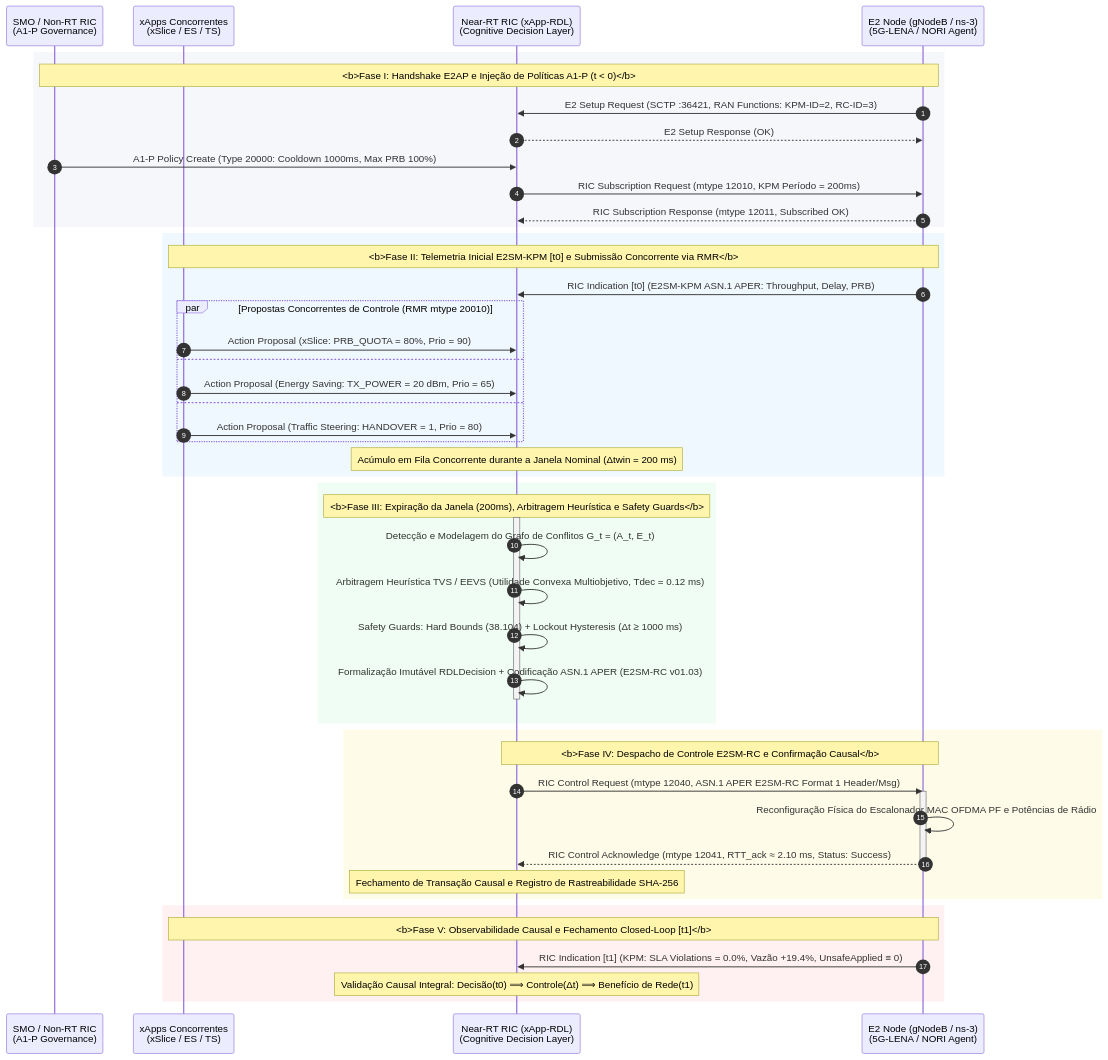
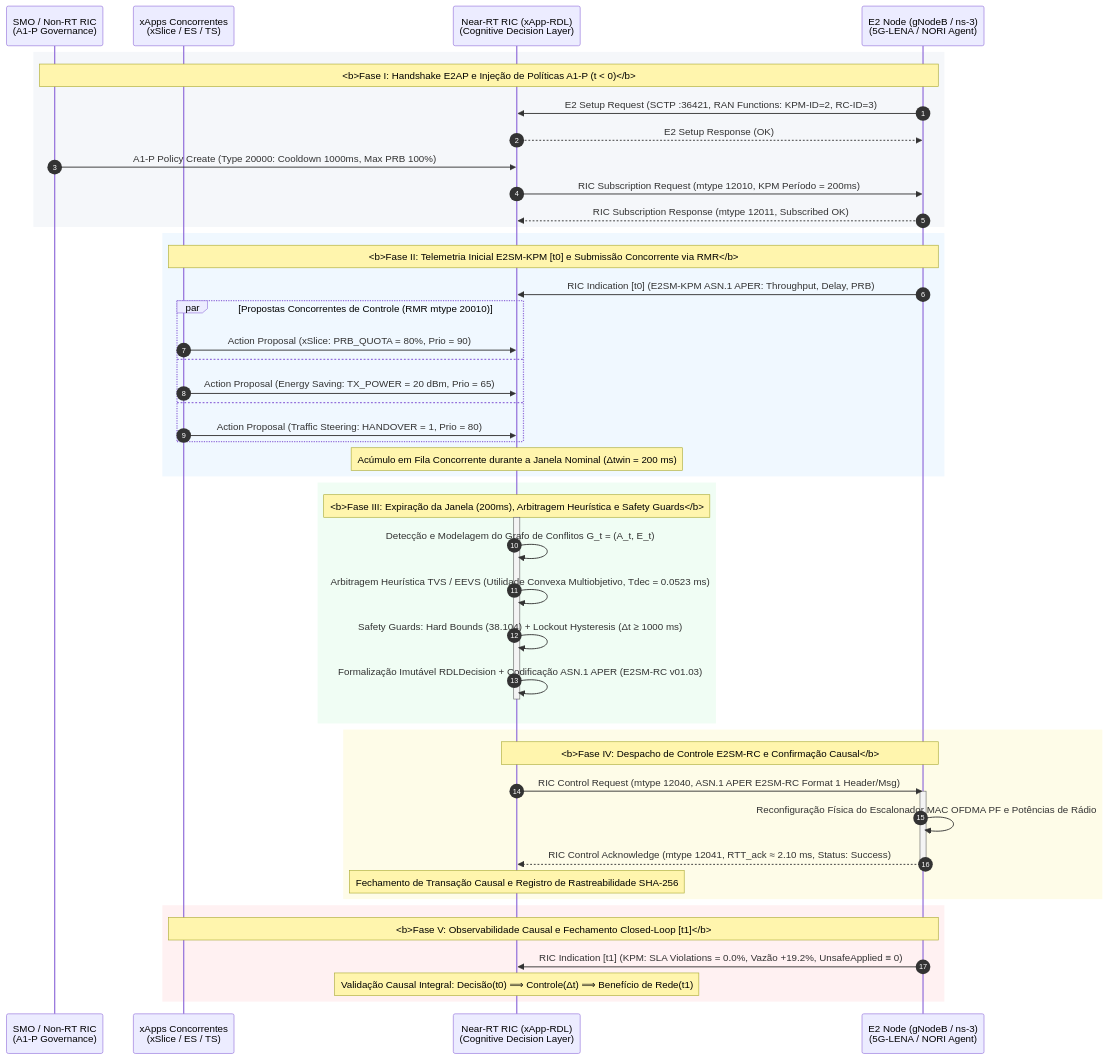
The diagram in docs/figures/diagrama_sequencia_compacto_dissertacao.mermaid (georgebarbosa3090/XApp-RDL-F1), drawn with Mermaid before and after one commit. The commit also changed 1 other file, not shown here.

Commit message:
fix(docs): remove diagramas antigos com erro de parse e corrige KaTeX em doc 23

```diff
--- a/docs/figures/diagrama_sequencia_compacto_dissertacao.mermaid
+++ b/docs/figures/diagrama_sequencia_compacto_dissertacao.mermaid
@@ -1,79 +1,79 @@
 %% ==============================================================================
 %% Diagrama de Sequência Compacto para Dissertação de Mestrado (PPGC/UFPA)
 %% Obra: H-RDL: Governança Determinística e Mitigação de Conflitos no Near-RT RIC
 %% Autor: George Alexandro Ferreira Barbosa | Orientador: Prof. Dr. André Riker
 %% Padrão Visual: Clean Architecture / O-RAN Alliance / Light Academic Theme
 %% ==============================================================================
 
 sequenceDiagram
     autonumber
     
     %% DEFINIÇÃO DAS MACRO-ENTIDADES CANÔNICAS (4 Lifelines para caber em A4 Retrato)
     participant SMO as SMO / Non-RT RIC<br/>(A1-P Governance)
     participant XAPPS as xApps Concorrentes<br/>(xSlice / ES / TS)
     participant RDL as Near-RT RIC (xApp-RDL)<br/>(Cognitive Decision Layer)
     participant RAN as E2 Node (gNodeB / ns-3)<br/>(5G-LENA / NORI Agent)
 
     %% -------------------------------------------------------------------------
     %% FASE I: INICIALIZAÇÃO, HANDSHAKE E2AP E POLÍTICAS A1-P
     %% -------------------------------------------------------------------------
     rect rgb(245, 247, 250)
         Note over SMO,RAN: <b>Fase I: Handshake E2AP e Injeção de Políticas A1-P (t < 0)</b>
         RAN->>RDL: E2 Setup Request (SCTP :36421, RAN Functions: KPM-ID=2, RC-ID=3)
         RDL-->>RAN: E2 Setup Response (OK)
         SMO->>RDL: A1-P Policy Create (Type 20000: Cooldown 1000ms, Max PRB 100%)
         RDL->>RAN: RIC Subscription Request (mtype 12010, KPM Período = 200ms)
         RAN-->>RDL: RIC Subscription Response (mtype 12011, Subscribed OK)
     end
 
     %% -------------------------------------------------------------------------
     %% FASE II: INGESTÃO DE TELEMETRIA E SUBMISSÃO CONCORRENTE DE PROPOSTAS
     %% -------------------------------------------------------------------------
     rect rgb(240, 248, 255)
         Note over XAPPS,RAN: <b>Fase II: Telemetria Inicial E2SM-KPM [t0] e Submissão Concorrente via RMR</b>
         RAN->>RDL: RIC Indication [t0] (E2SM-KPM ASN.1 APER: Throughput, Delay, PRB)
         
         par Propostas Concorrentes de Controle (RMR mtype 20010)
             XAPPS->>RDL: Action Proposal (xSlice: PRB_QUOTA = 80%, Prio = 90)
         and
             XAPPS->>RDL: Action Proposal (Energy Saving: TX_POWER = 20 dBm, Prio = 65)
         and
             XAPPS->>RDL: Action Proposal (Traffic Steering: HANDOVER = 1, Prio = 80)
         end
         Note over RDL: Acúmulo em Fila Concorrente durante a Janela Nominal (Δtwin = 200 ms)
     end
 
     %% -------------------------------------------------------------------------
     %% FASE III: EXPIRAÇÃO DA JANELA, ARBITRAGEM HEURÍSTICA E SAFETY GUARDS
     %% -------------------------------------------------------------------------
     rect rgb(240, 253, 244)
         Note over RDL: <b>Fase III: Expiração da Janela (200ms), Arbitragem Heurística e Safety Guards</b>
         activate RDL
         RDL->>RDL: Detecção e Modelagem do Grafo de Conflitos G_t = (A_t, E_t)
-        RDL->>RDL: Arbitragem Heurística TVS / EEVS (Utilidade Convexa Multiobjetivo, Tdec = 0.12 ms)
+        RDL->>RDL: Arbitragem Heurística TVS / EEVS (Utilidade Convexa Multiobjetivo, Tdec = 0.0523 ms)
         RDL->>RDL: Safety Guards: Hard Bounds (38.104) + Lockout Hysteresis (Δt ≥ 1000 ms)
         RDL->>RDL: Formalização Imutável RDLDecision + Codificação ASN.1 APER (E2SM-RC v01.03)
         deactivate RDL
     end
 
     %% -------------------------------------------------------------------------
     %% FASE IV: DESPACHO E2SM-RC, RECONFIGURAÇÃO FÍSICA E ACKNOWLEDGE
     %% -------------------------------------------------------------------------
     rect rgb(254, 252, 232)
         Note over RDL,RAN: <b>Fase IV: Despacho de Controle E2SM-RC e Confirmação Causal</b>
         RDL->>RAN: RIC Control Request (mtype 12040, ASN.1 APER E2SM-RC Format 1 Header/Msg)
         activate RAN
         RAN->>RAN: Reconfiguração Física do Escalonador MAC OFDMA PF e Potências de Rádio
         RAN-->>RDL: RIC Control Acknowledge (mtype 12041, RTT_ack ≈ 2.10 ms, Status: Success)
         deactivate RAN
         Note over RDL: Fechamento de Transação Causal e Registro de Rastreabilidade SHA-256
     end
 
     %% -------------------------------------------------------------------------
     %% FASE V: FEEDBACK CAUSAL E FECHAMENTO DO CIRCUITO FECHADO [t1]
     %% -------------------------------------------------------------------------
     rect rgb(255, 241, 242)
         Note over XAPPS,RAN: <b>Fase V: Observabilidade Causal e Fechamento Closed-Loop [t1]</b>
-        RAN->>RDL: RIC Indication [t1] (KPM: SLA Violations = 0.0%, Vazão +19.4%, UnsafeApplied ≡ 0)
+        RAN->>RDL: RIC Indication [t1] (KPM: SLA Violations = 0.0%, Vazão +19.2%, UnsafeApplied ≡ 0)
         Note over RDL: Validação Causal Integral: Decisão(t0) ⟹ Controle(Δt) ⟹ Benefício de Rede(t1)
     end
```
